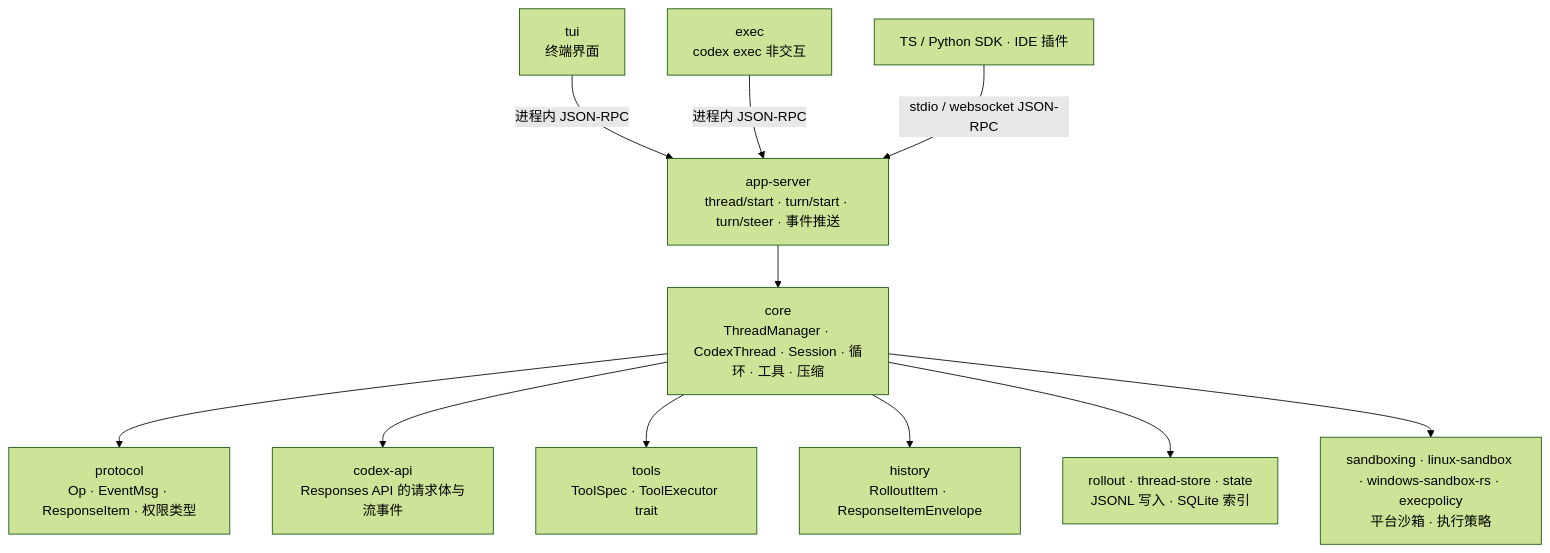
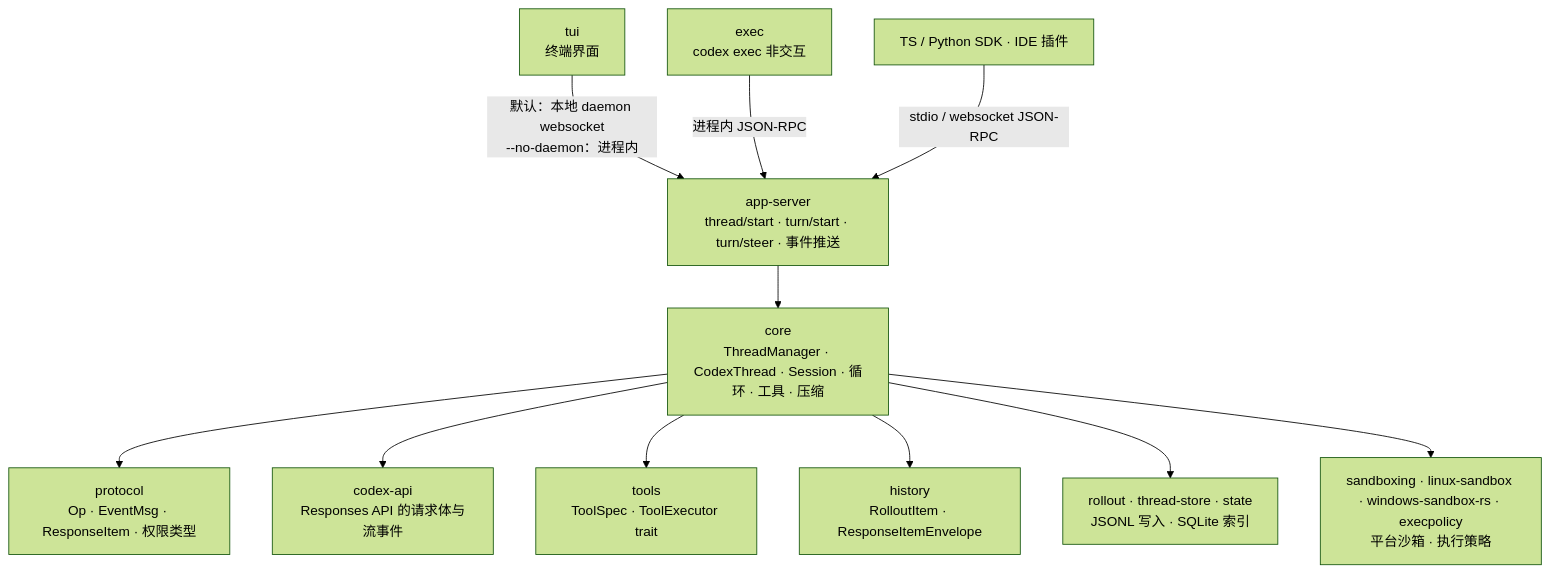
Before and after one commit to nickqiaoo/nickqiaoo.github.io: the first of 32 diagrams in src/content/post/agents-codex/index.md, drawn with Mermaid (forest theme). The commit also changed other lines of this file and 2 other files, not shown here.

````diff
--- a/src/content/post/agents-codex/index.md
+++ b/src/content/post/agents-codex/index.md
@@ -12,19 +12,19 @@
 ```mermaid
 graph TD
-  TUI["tui<br/>终端界面"] -->|进程内 JSON-RPC| APS
+  TUI["tui<br/>终端界面"] -->|默认：本地 daemon websocket<br/>--no-daemon：进程内| APS
   EXEC["exec<br/>codex exec 非交互"] -->|进程内 JSON-RPC| APS
   SDK["TS / Python SDK · IDE 插件"] -->|stdio / websocket JSON-RPC| APS
   APS["app-server<br/>thread/start · turn/start · turn/steer · 事件推送"] --> CORE
   CORE["core<br/>ThreadManager · CodexThread · Session · 循环 · 工具 · 压缩"] --> PROTO
   CORE --> API
   CORE --> TOOLS
   CORE --> HIST
   CORE --> ROLL
   CORE --> SBX
   PROTO["protocol<br/>Op · EventMsg · ResponseItem · 权限类型"]
   API["codex-api<br/>Responses API 的请求体与流事件"]
   TOOLS["tools<br/>ToolSpec · ToolExecutor trait"]
   HIST["history<br/>RolloutItem · ResponseItemEnvelope"]
   ROLL["rollout · thread-store · state<br/>JSONL 写入 · SQLite 索引"]
   SBX["sandboxing · linux-sandbox · windows-sandbox-rs · execpolicy<br/>平台沙箱 · 执行策略"]
 ```
````
